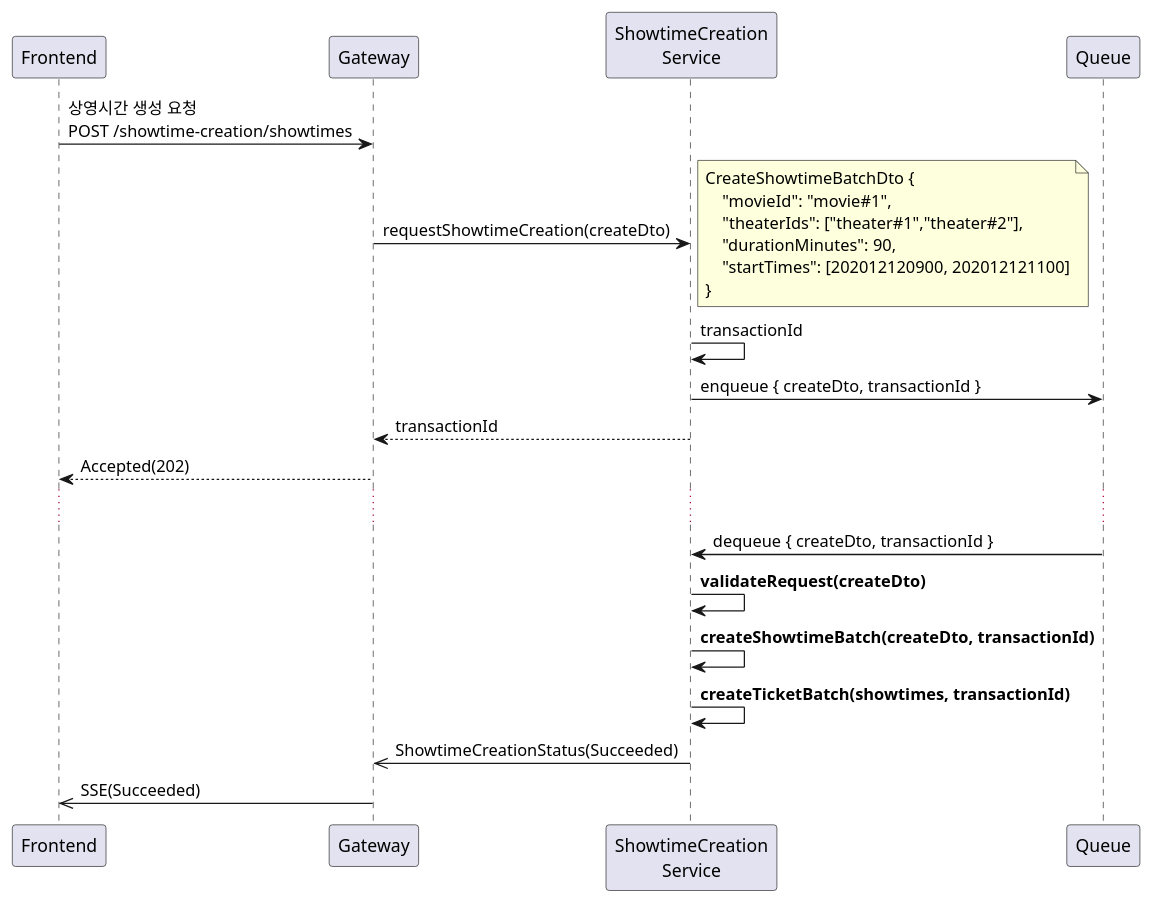
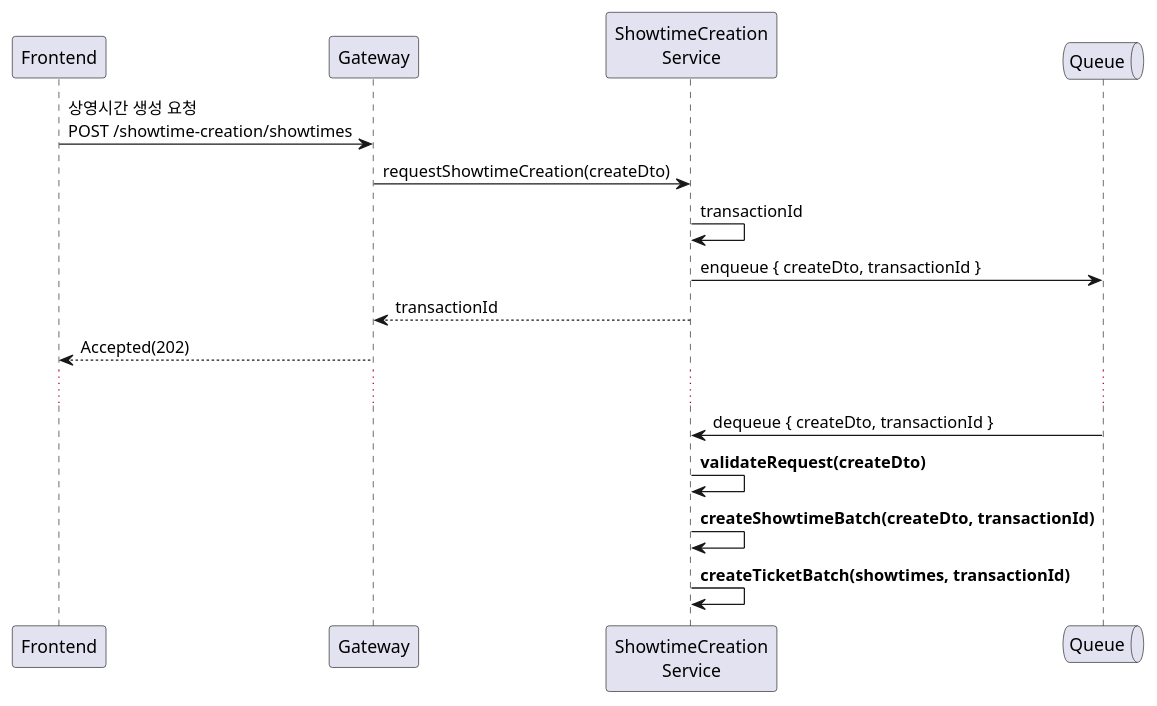
Before and after one commit to mannercode/mannercode.github.io: the third of 12 diagrams in _posts/2025-06-01-backend-design-3.md, drawn with PlantUML. The commit also changed other lines of this file and 1 other file, not shown here.

Commit message:
Refactor sequence diagrams for Showtime creation process to improve clarity and structure

```diff
--- a/_posts/2025-06-01-backend-design-3.md
+++ b/_posts/2025-06-01-backend-design-3.md
@@ -54,31 +163,20 @@
 {% plantuml %}
 @startuml
 participant Frontend as frontend
 participant Gateway as gateway
 participant "ShowtimeCreation\nService" as creation
-participant Queue as queue
+Queue Queue as queue
 
 frontend -> gateway: 상영시간 생성 요청\nPOST /showtime-creation/showtimes
     gateway -> creation: requestShowtimeCreation(createDto)
-        note right
-        CreateShowtimeBatchDto {
-            "movieId": "movie#1",
-            "theaterIds": ["theater#1","theater#2"],
-            "durationMinutes": 90,
-            "startTimes": [202012120900, 202012121100]
-        }
-        end note
-
         creation -> creation: transactionId
         creation -> queue: enqueue { createDto, transactionId }
     gateway <-- creation: transactionId
 frontend <-- gateway: Accepted(202)
 ...
 queue -> creation: dequeue { createDto, transactionId }
     creation -> creation: <b>validateRequest(createDto)</b>
     creation -> creation: <b>createShowtimeBatch(createDto, transactionId)</b>
     creation -> creation: <b>createTicketBatch(showtimes, transactionId)</b>
-gateway <<- creation: ShowtimeCreationStatus(Succeeded)
-frontend <<- gateway: SSE(Succeeded)
 @enduml
 {% endplantuml %}
```
